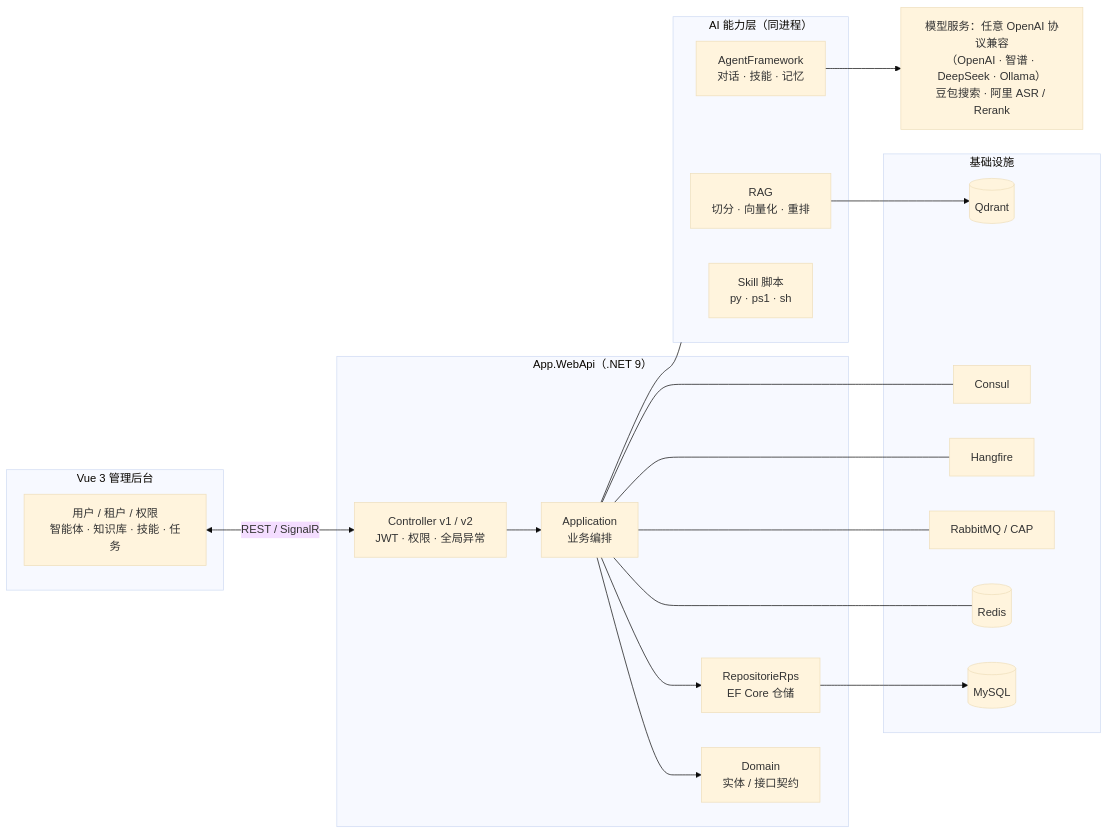
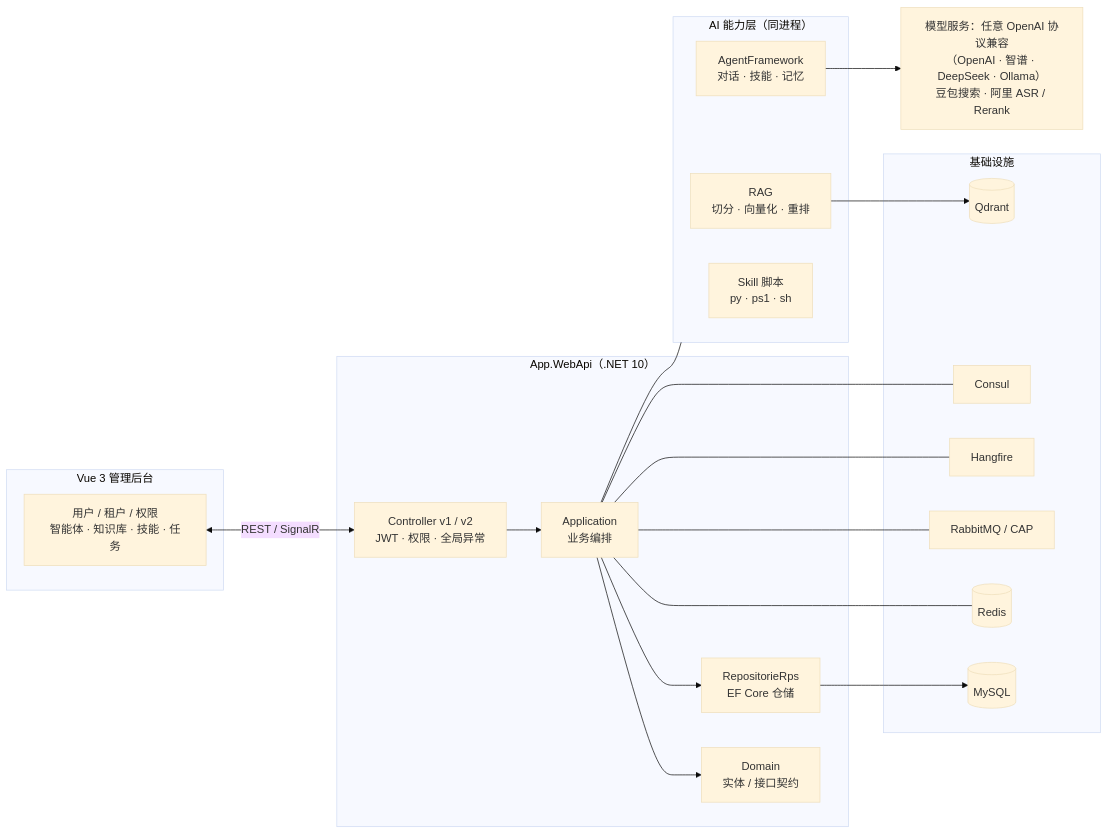
Before and after one commit to junkai-li/NetCoreKevin: the diagram in README.md, drawn with Mermaid (base theme). The commit also changed other lines of this file and 53 other files, not shown here.

````diff
--- a/README.md
+++ b/README.md
@@ -117,43 +117,43 @@
 ```mermaid
 flowchart LR
   subgraph FE["Vue 3 管理后台"]
     UI["用户 / 租户 / 权限<br/>智能体 · 知识库 · 技能 · 任务"]
   end
 
-  subgraph API["App.WebApi（.NET 9）"]
+  subgraph API["App.WebApi（.NET 10）"]
     C["Controller v1 / v2<br/>JWT · 权限 · 全局异常"]
     A["Application<br/>业务编排"]
     D["Domain<br/>实体 / 接口契约"]
     R["RepositorieRps<br/>EF Core 仓储"]
   end
 
   subgraph AI["AI 能力层（同进程）"]
     AG["AgentFramework<br/>对话 · 技能 · 记忆"]
     RG["RAG<br/>切分 · 向量化 · 重排"]
     SK["Skill 脚本<br/>py · ps1 · sh"]
   end
 
   subgraph INFRA["基础设施"]
     M[("MySQL")]
     RD[("Redis")]
     Q[("Qdrant")]
     MQ["RabbitMQ / CAP"]
     HF["Hangfire"]
     CS["Consul"]
   end
 
   LLM["模型服务：任意 OpenAI 协议兼容<br/>（OpenAI · 智谱 · DeepSeek · Ollama）<br/>豆包搜索 · 阿里 ASR / Rerank"]
 
   UI <-->|"REST / SignalR"| C
   C --> A
   A --> D
   A --> R
   R --> M
   A --- AI
   AG --> LLM
   RG --> Q
   A --- RD
   A --- MQ
   A --- HF
   A --- CS
 ```
````
